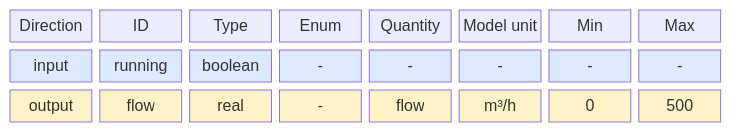
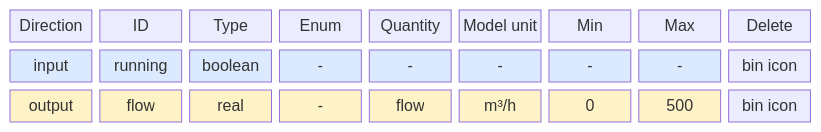
Before and after one commit to AlexandreGallais/synoptic-studio-spec: the second of 3 diagrams in metadata/04-signals.md, drawn with Mermaid. The commit also changed other lines of this file and 13 other files, not shown here.

````diff
--- a/metadata/04-signals.md
+++ b/metadata/04-signals.md
@@ -87,23 +102,23 @@
 ```mermaid
 block-beta
-    columns 8
-    h8["Direction"] h1["ID"] h2["Type"] h3["Enum"] h4["Quantity"] h5["Model unit"] h6["Min"] h7["Max"]
-    r8["input"] r1["running"] r2["boolean"] r3["-"] r4["-"] r5["-"] r6["-"] r7["-"]
-    s8["output"] s1["flow"] s2["real"] s3["-"] s4["flow"] s5["m³/h"] s6["0"] s7["500"]
+    columns 9
+    h8["Direction"] h1["ID"] h2["Type"] h3["Enum"] h4["Quantity"] h5["Model unit"] h6["Min"] h7["Max"] h9["Delete"]
+    r8["input"] r1["running"] r2["boolean"] r3["-"] r4["-"] r5["-"] r6["-"] r7["-"] r9["bin icon"]
+    s8["output"] s1["flow"] s2["real"] s3["-"] s4["flow"] s5["m³/h"] s6["0"] s7["500"] s9["bin icon"]
     style r8 fill:#dbeafe
     style r1 fill:#dbeafe
     style r2 fill:#dbeafe
     style r3 fill:#dbeafe
     style r4 fill:#dbeafe
     style r5 fill:#dbeafe
     style r6 fill:#dbeafe
     style r7 fill:#dbeafe
     style s8 fill:#fef3c7
     style s1 fill:#fef3c7
     style s2 fill:#fef3c7
     style s3 fill:#fef3c7
     style s4 fill:#fef3c7
     style s5 fill:#fef3c7
     style s6 fill:#fef3c7
     style s7 fill:#fef3c7
 ```
````
